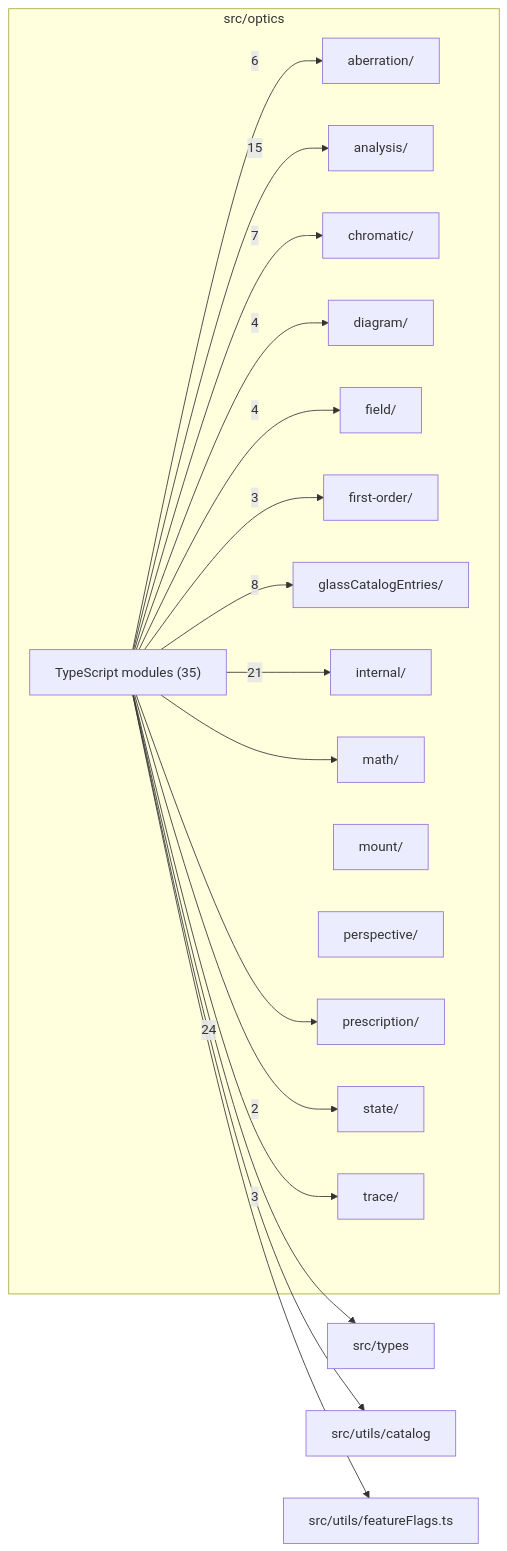
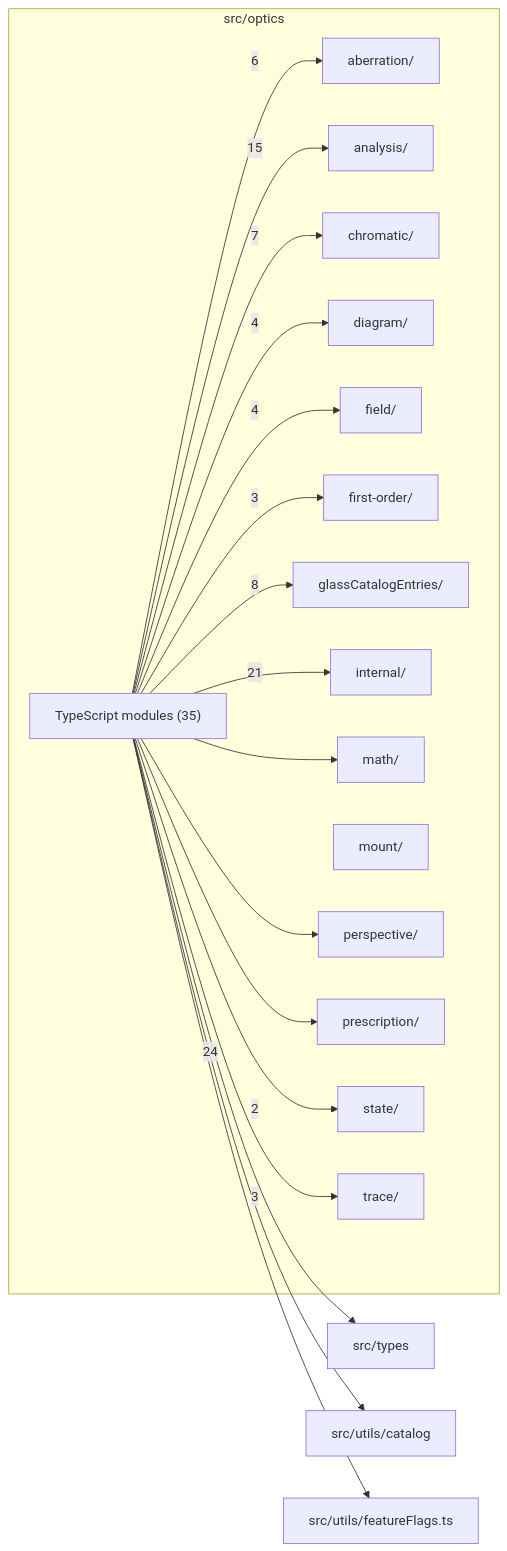
One commit to ronbuening/LensVisualizer changed the diagram in src/optics/readme.md. Above: the diagram before and after it, drawn with Mermaid. The commit also changed other lines of this file and 26 other files, not shown here.

````diff
--- a/src/optics/readme.md
+++ b/src/optics/readme.md
@@ -9,38 +9,39 @@
 ```mermaid
 flowchart LR
   subgraph n_src_optics["src/optics"]
     n_src_optics_src_optics_aberration["aberration/"]
     n_src_optics_src_optics_analysis["analysis/"]
     n_src_optics_src_optics_chromatic["chromatic/"]
     n_src_optics_src_optics_diagram["diagram/"]
     n_src_optics_src_optics_field["field/"]
     n_src_optics_src_optics_first_order["first-order/"]
     n_src_optics_src_optics_glassCatalogEntries["glassCatalogEntries/"]
     n_src_optics_src_optics_internal["internal/"]
     n_src_optics_src_optics_math["math/"]
     n_src_optics_src_optics_mount["mount/"]
     n_src_optics_src_optics_perspective["perspective/"]
     n_src_optics_src_optics_prescription["prescription/"]
     n_src_optics_src_optics_state["state/"]
     n_src_optics_src_optics_trace["trace/"]
     n_src_optics_TypeScript_modules["TypeScript modules (35)"]
   end
   n_external_src_types["src/types"]
   n_external_src_utils_catalog["src/utils/catalog"]
   n_external_src_utils_featureFlags_ts["src/utils/featureFlags.ts"]
   n_src_optics_TypeScript_modules --> |24| n_external_src_types
   n_src_optics_TypeScript_modules --> |21| n_src_optics_src_optics_internal
   n_src_optics_TypeScript_modules --> |15| n_src_optics_src_optics_analysis
   n_src_optics_TypeScript_modules --> |8| n_src_optics_src_optics_glassCatalogEntries
   n_src_optics_TypeScript_modules --> |7| n_src_optics_src_optics_chromatic
   n_src_optics_TypeScript_modules --> |6| n_src_optics_src_optics_aberration
   n_src_optics_TypeScript_modules --> |4| n_src_optics_src_optics_diagram
   n_src_optics_TypeScript_modules --> |4| n_src_optics_src_optics_field
   n_src_optics_TypeScript_modules --> |3| n_src_optics_src_optics_first_order
   n_src_optics_TypeScript_modules --> |3| n_src_optics_src_optics_trace
   n_src_optics_TypeScript_modules --> |2| n_src_optics_src_optics_state
   n_src_optics_TypeScript_modules --> n_external_src_utils_catalog
   n_src_optics_TypeScript_modules --> n_external_src_utils_featureFlags_ts
   n_src_optics_TypeScript_modules --> n_src_optics_src_optics_math
+  n_src_optics_TypeScript_modules --> n_src_optics_src_optics_perspective
   n_src_optics_TypeScript_modules --> n_src_optics_src_optics_prescription
 ```
````
